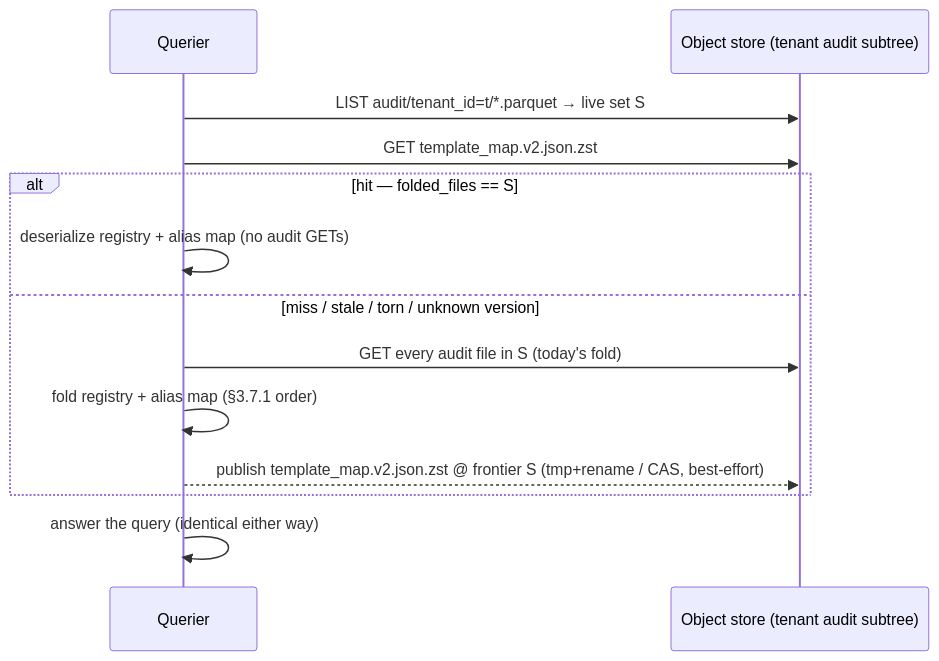
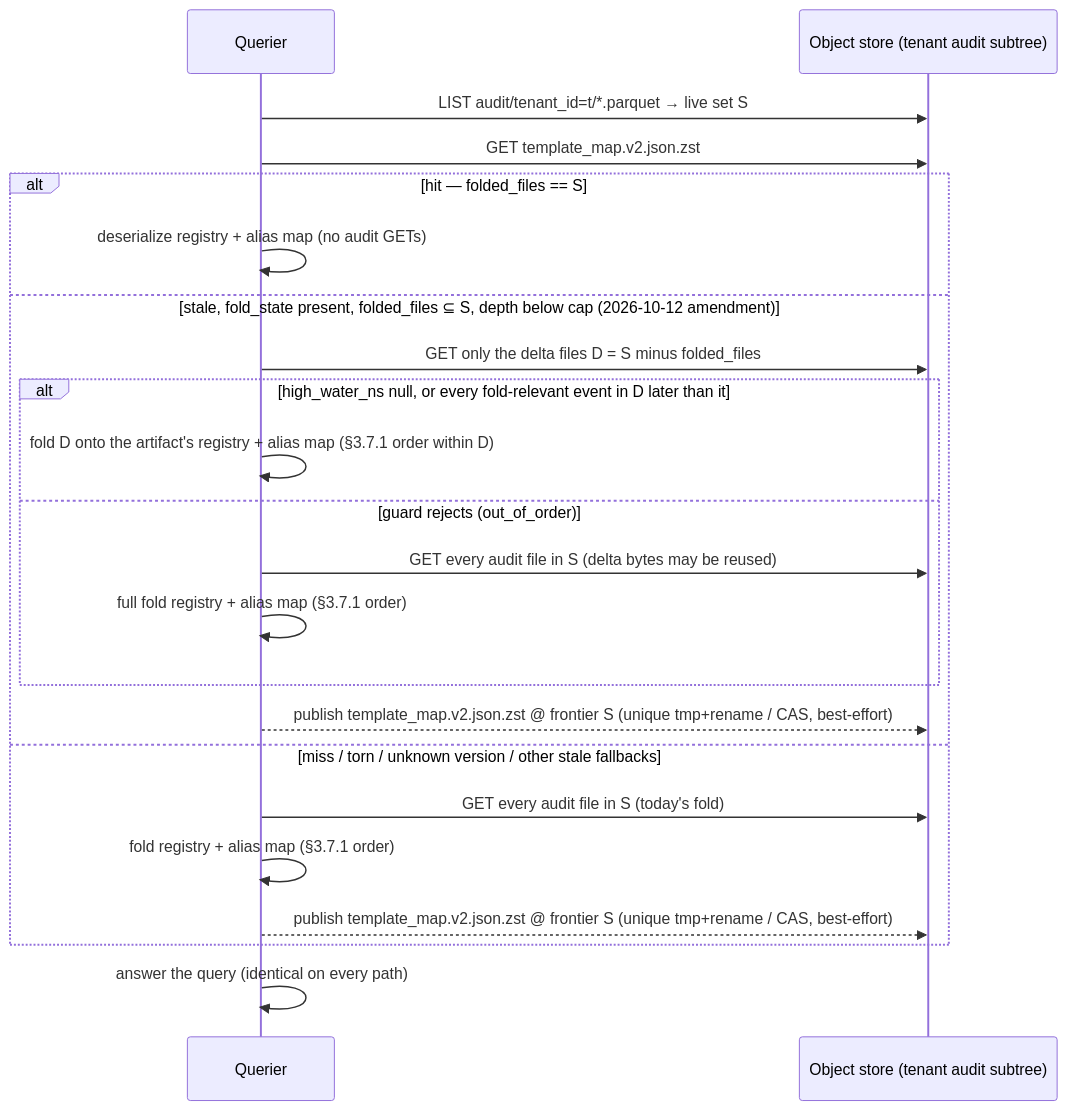
Before and after one commit to jensholdgaard/ourios: the diagram in docs/rfcs/0033-cached-template-map.md, drawn with Mermaid. The commit also changed other lines of this file, not shown here.

First line of the commit message:
docs(rfc): rfc 0033 amendment for a guarded incremental template-map fold (#962)

````diff
--- a/docs/rfcs/0033-cached-template-map.md
+++ b/docs/rfcs/0033-cached-template-map.md
@@ -384,15 +770,24 @@
 ```mermaid
 sequenceDiagram
     participant Q as Querier
     participant FS as Object store (tenant audit subtree)
     Q->>FS: LIST audit/tenant_id=t/*.parquet → live set S
     Q->>FS: GET template_map.v2.json.zst
     alt hit — folded_files == S
         Q->>Q: deserialize registry + alias map (no audit GETs)
-    else miss / stale / torn / unknown version
+    else stale, fold_state present, folded_files ⊆ S, depth below cap (2026-10-12 amendment)
+        Q->>FS: GET only the delta files D = S minus folded_files
+        alt high_water_ns null, or every fold-relevant event in D later than it
+            Q->>Q: fold D onto the artifact's registry + alias map (§3.7.1 order within D)
+        else guard rejects (out_of_order)
+            Q->>FS: GET every audit file in S (delta bytes may be reused)
+            Q->>Q: full fold registry + alias map (§3.7.1 order)
+        end
+        Q-->>FS: publish template_map.v2.json.zst @ frontier S (unique tmp+rename / CAS, best-effort)
+    else miss / torn / unknown version / other stale fallbacks
         Q->>FS: GET every audit file in S (today's fold)
         Q->>Q: fold registry + alias map (§3.7.1 order)
-        Q-->>FS: publish template_map.v2.json.zst @ frontier S (tmp+rename / CAS, best-effort)
+        Q-->>FS: publish template_map.v2.json.zst @ frontier S (unique tmp+rename / CAS, best-effort)
     end
-    Q->>Q: answer the query (identical either way)
+    Q->>Q: answer the query (identical on every path)
 ```
````
